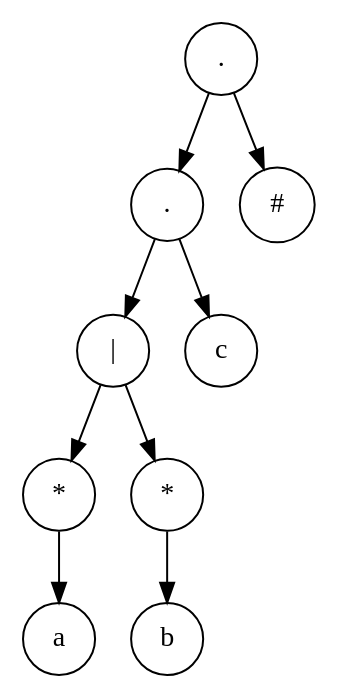
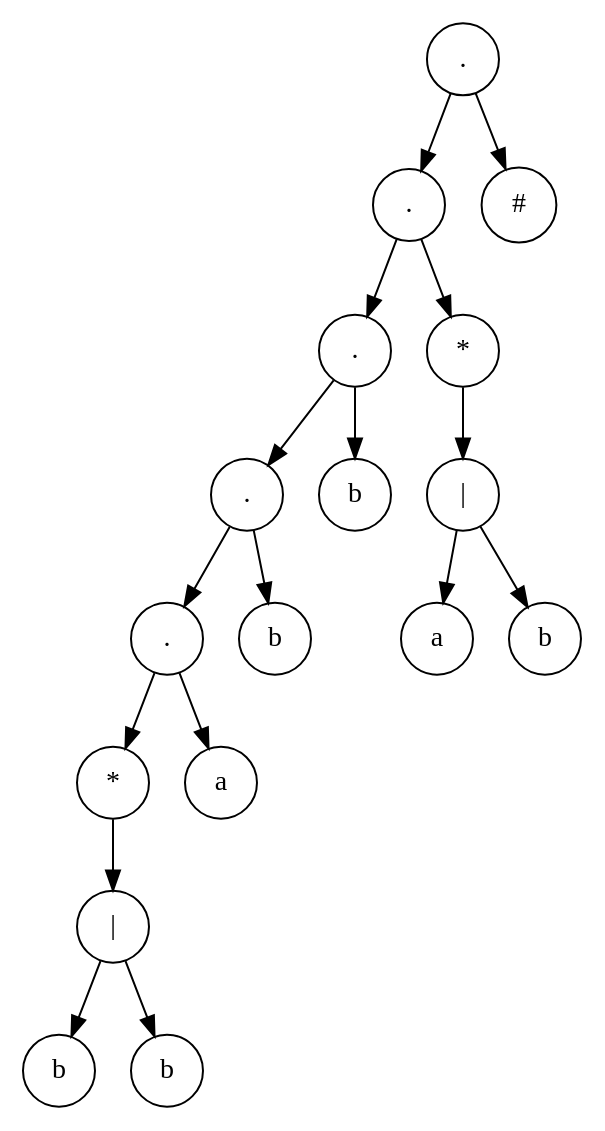
The diagram in treeDFADirect.gv (JoseGon20335/labC-lenguajes), drawn with Graphviz before and after one commit. The commit also changed 20 other files, not shown here.

```diff
--- a/treeDFADirect.gv
+++ b/treeDFADirect.gv
@@ -1,21 +1,37 @@
 // resultado
 digraph treeDFADirect {
 	graph [rankdir=TB]
-	3162970088176 [label="." shape=circle]
-	3162970087120 [label="." shape=circle]
-	3162970089280 [label="|" shape=circle]
-	3162970087312 [label="*" shape=circle]
-	3162970087264 [label=a shape=circle]
-	3162970087312 -> 3162970087264
-	3162970089280 -> 3162970087312
-	3162970089376 [label="*" shape=circle]
-	3162970087504 [label=b shape=circle]
-	3162970089376 -> 3162970087504
-	3162970089280 -> 3162970089376
-	3162970087120 -> 3162970089280
-	3162970089328 [label=c shape=circle]
-	3162970087120 -> 3162970089328
-	3162970088176 -> 3162970087120
-	3162970086976 [label="#" shape=circle]
-	3162970088176 -> 3162970086976
+	2107392527952 [label="." shape=circle]
+	2107392527856 [label="." shape=circle]
+	2107392527616 [label="." shape=circle]
+	2107392527136 [label="." shape=circle]
+	2107392527232 [label="." shape=circle]
+	2107392525312 [label="*" shape=circle]
+	2107392525264 [label="|" shape=circle]
+	2107392526032 [label=b shape=circle]
+	2107392525264 -> 2107392526032
+	2107392526128 [label=b shape=circle]
+	2107392525264 -> 2107392526128
+	2107392525312 -> 2107392525264
+	2107392527232 -> 2107392525312
+	2107392526512 [label=a shape=circle]
+	2107392527232 -> 2107392526512
+	2107392527136 -> 2107392527232
+	2107392526416 [label=b shape=circle]
+	2107392527136 -> 2107392526416
+	2107392527616 -> 2107392527136
+	2107392525792 [label=b shape=circle]
+	2107392527616 -> 2107392525792
+	2107392527856 -> 2107392527616
+	2107392527808 [label="*" shape=circle]
+	2107392527760 [label="|" shape=circle]
+	2107392527664 [label=a shape=circle]
+	2107392527760 -> 2107392527664
+	2107392527712 [label=b shape=circle]
+	2107392527760 -> 2107392527712
+	2107392527808 -> 2107392527760
+	2107392527856 -> 2107392527808
+	2107392527952 -> 2107392527856
+	2107392527904 [label="#" shape=circle]
+	2107392527952 -> 2107392527904
 }
```
